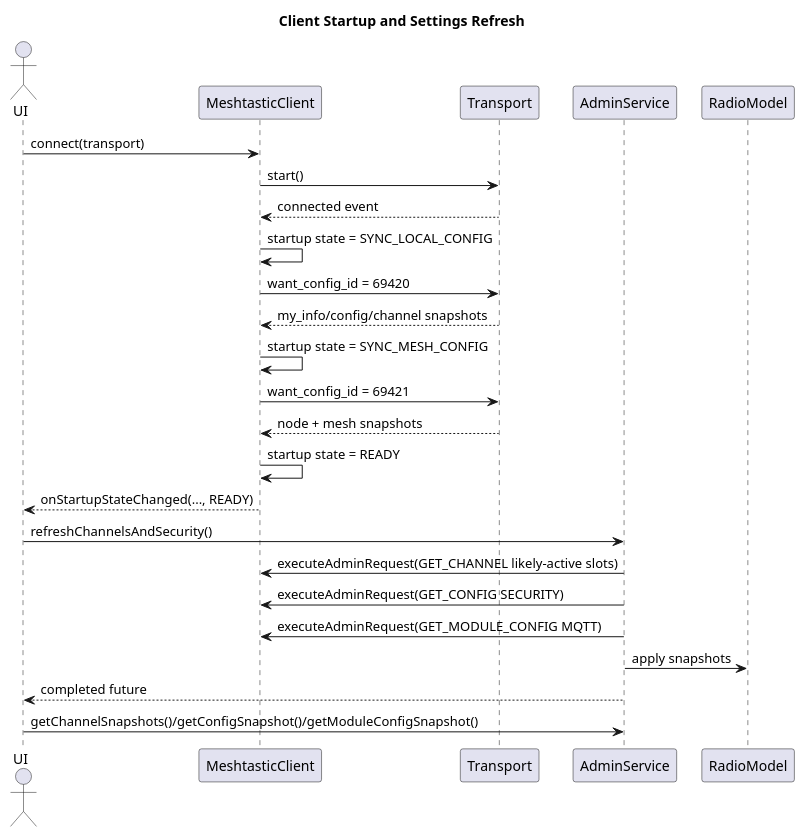
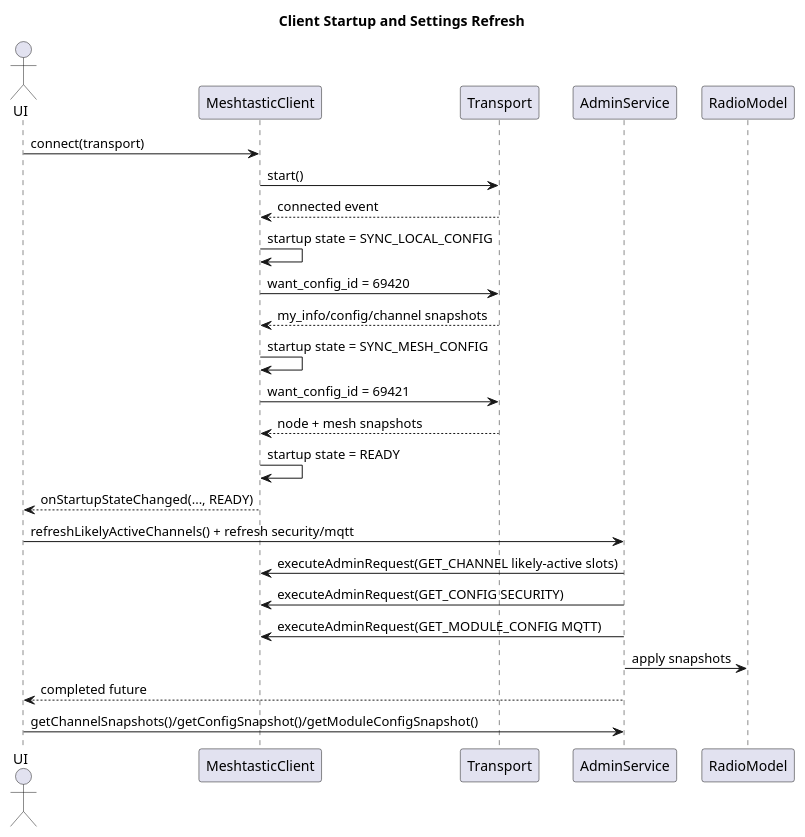
One commit to meshMKT/meshtastic-java-client changed the diagram in src/docs/asciidoc/sections/05-architecture-diagram.adoc. Above: the diagram before and after it, drawn with PlantUML. The commit also changed other lines of this file and 23 other files, not shown here.

```diff
--- a/src/docs/asciidoc/sections/05-architecture-diagram.adoc
+++ b/src/docs/asciidoc/sections/05-architecture-diagram.adoc
@@ -3,33 +3,33 @@
 [plantuml,client-startup-flow,svg]
 ----
 @startuml
 title Client Startup and Settings Refresh
 
 actor UI
 participant "MeshtasticClient" as Client
 participant "Transport" as Transport
 participant "AdminService" as Admin
 participant "RadioModel" as Model
 
 UI -> Client: connect(transport)
 Client -> Transport: start()
 Transport --> Client: connected event
 Client -> Client: startup state = SYNC_LOCAL_CONFIG
 Client -> Transport: want_config_id = 69420
 Transport --> Client: my_info/config/channel snapshots
 Client -> Client: startup state = SYNC_MESH_CONFIG
 Client -> Transport: want_config_id = 69421
 Transport --> Client: node + mesh snapshots
 Client -> Client: startup state = READY
 Client --> UI: onStartupStateChanged(..., READY)
 
-UI -> Admin: refreshChannelsAndSecurity()
+UI -> Admin: refreshLikelyActiveChannels() + refresh security/mqtt
 Admin -> Client: executeAdminRequest(GET_CHANNEL likely-active slots)
 Admin -> Client: executeAdminRequest(GET_CONFIG SECURITY)
 Admin -> Client: executeAdminRequest(GET_MODULE_CONFIG MQTT)
 Admin -> Model: apply snapshots
 Admin --> UI: completed future
 UI -> Admin: getChannelSnapshots()/getConfigSnapshot()/getModuleConfigSnapshot()
 
 @enduml
 ----
```
